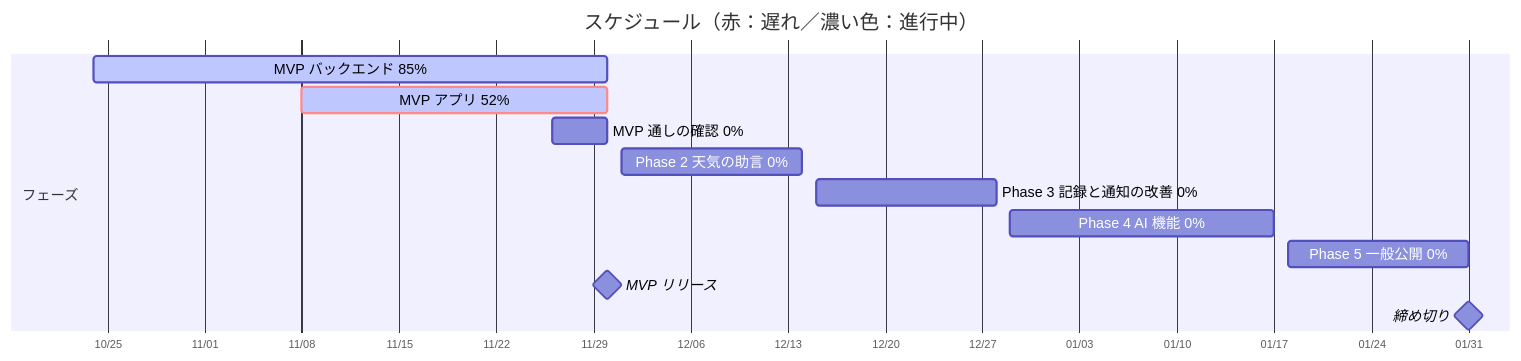
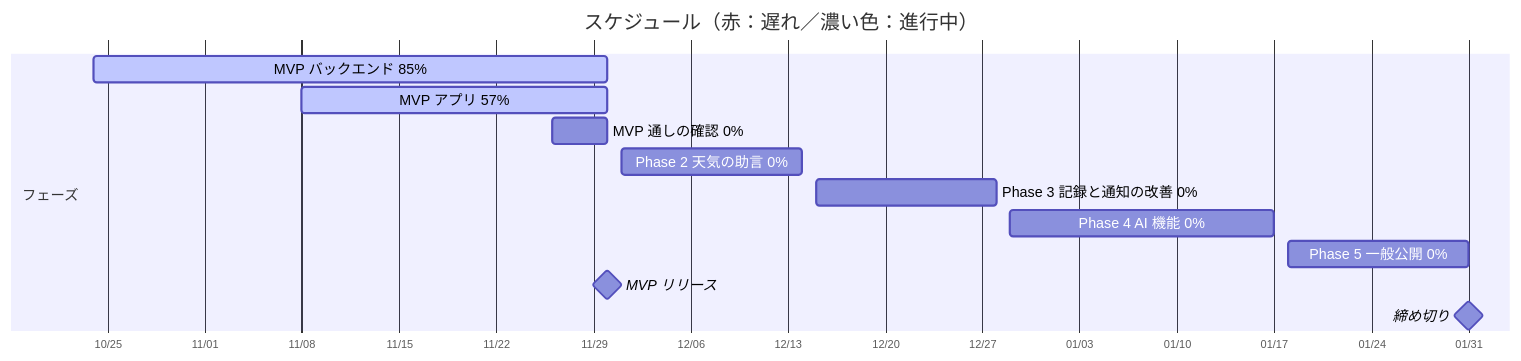
Before and after one commit to ch00z00/uchinokusa: the diagram in README.md, drawn with Mermaid. The commit also changed other lines of this file and 1 other file, not shown here.

````diff
--- a/README.md
+++ b/README.md
@@ -26,17 +26,17 @@
 ```mermaid
 %%{init: {"gantt": {"useWidth": 1400, "useMaxWidth": false, "barHeight": 24, "fontSize": 13, "sectionFontSize": 13}}}%%
 gantt
     title スケジュール（赤：遅れ／濃い色：進行中）
     dateFormat YYYY-MM-DD
     axisFormat %m/%d
     section フェーズ
     MVP バックエンド 85% :active, backend, 2026-10-24, 2026-11-30
-    MVP アプリ 52% :crit, active, app, 2026-11-08, 2026-11-30
+    MVP アプリ 57% :active, app, 2026-11-08, 2026-11-30
     MVP 通しの確認 0% :e2e, 2026-11-26, 2026-11-30
     Phase 2 天気の助言 0% :p2, 2026-12-01, 2026-12-14
     Phase 3 記録と通知の改善 0% :p3, 2026-12-15, 2026-12-28
     Phase 4 AI 機能 0% :p4, 2026-12-29, 2027-01-17
     Phase 5 一般公開 0% :p5, 2027-01-18, 2027-01-31
     MVP リリース :milestone, m0, 2026-11-30, 0d
     締め切り :milestone, deadline, 2027-01-31, 0d
 ```
````
